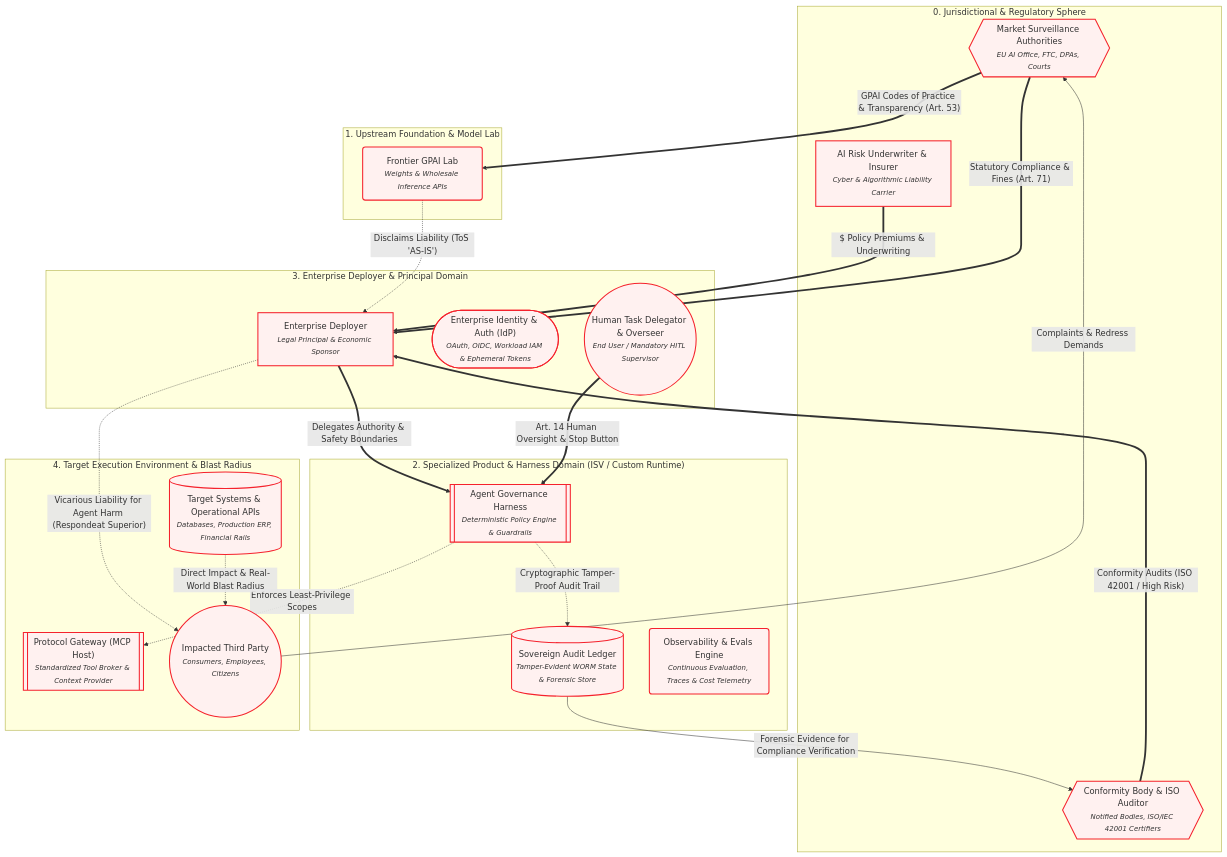
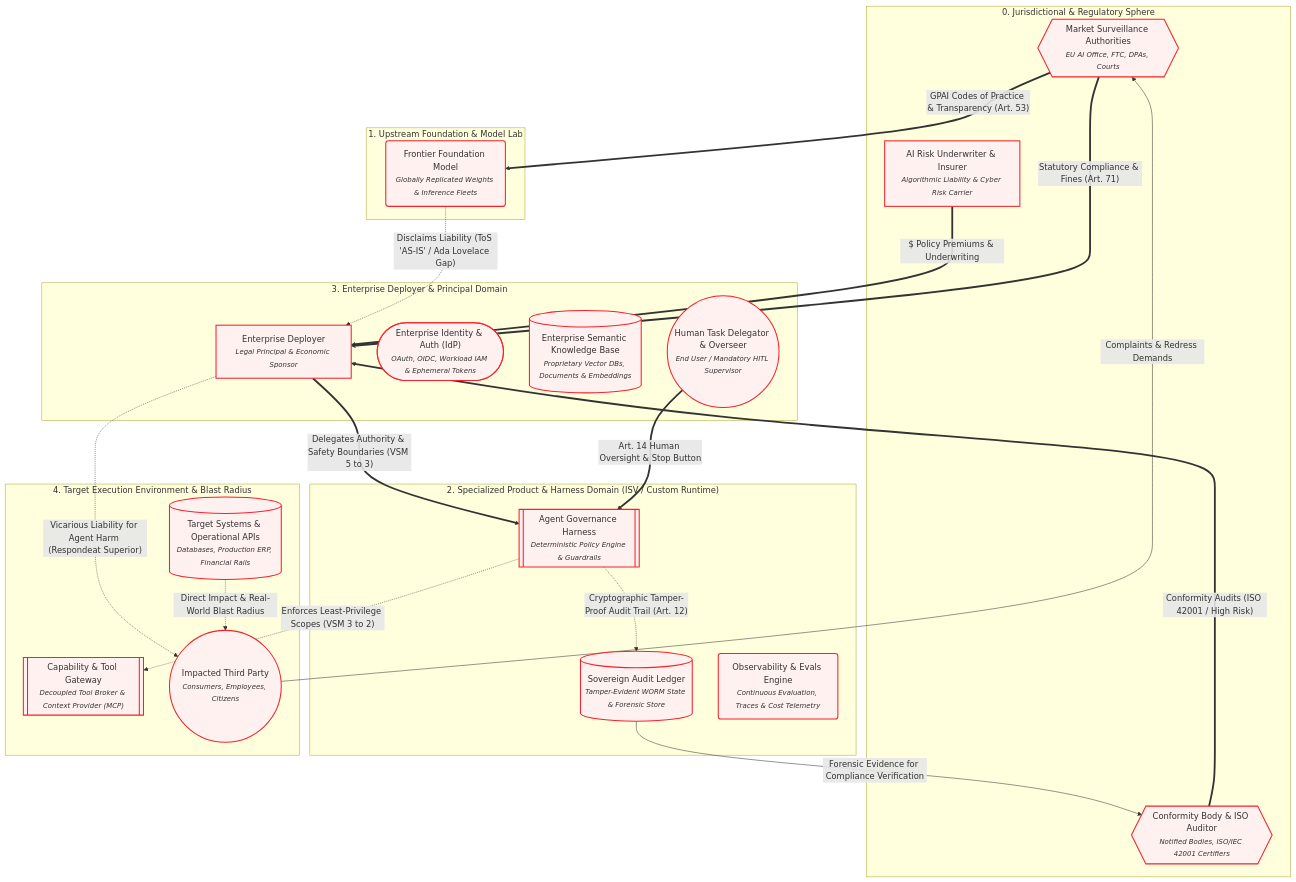
The third of 5 diagrams in docs/ecosystem/index.md (sezoo-digital/ai-ecosystem-model), drawn with Mermaid before and after one commit. The commit also changed other lines of this file and 10 other files, not shown here.

````diff
--- a/docs/ecosystem/index.md
+++ b/docs/ecosystem/index.md
@@ -123,49 +123,50 @@
 ```mermaid
 flowchart TB
     classDef gov fill:#FFF1F0,stroke:#F5222D,stroke-width:2px;
     classDef econ fill:#F6FFED,stroke:#52C41A,stroke-width:2px;
     classDef tech fill:#E6F7FF,stroke:#1890FF,stroke-width:2px;
     classDef default fill:#F8FAFC,stroke:#64748B,stroke-width:1.5px;
 
     subgraph cluster_regulatory ["0. Jurisdictional & Regulatory Sphere"]
         N_REGULATOR{{"Market Surveillance Authorities<br/><small><i>EU AI Office, FTC, DPAs, Courts</i></small>"}}:::gov
         N_AUDITOR{{"Conformity Body &amp; ISO Auditor<br/><small><i>Notified Bodies, ISO/IEC 42001 Certifiers</i></small>"}}:::gov
-        N_INSURER["AI Risk Underwriter &amp; Insurer<br/><small><i>Cyber &amp; Algorithmic Liability Carrier</i></small>"]:::gov
+        N_INSURER["AI Risk Underwriter &amp; Insurer<br/><small><i>Algorithmic Liability &amp; Cyber Risk Carrier</i></small>"]:::gov
     end
 
     subgraph cluster_supply ["1. Upstream Foundation & Model Lab"]
-        N_FRONTIER("Frontier GPAI Lab<br/><small><i>Weights &amp; Wholesale Inference APIs</i></small>"):::gov
+        N_FRONTIER("Frontier Foundation Model<br/><small><i>Globally Replicated Weights &amp; Inference Fleets</i></small>"):::gov
     end
 
     subgraph cluster_product ["2. Specialized Product & Harness Domain (ISV / Custom Runtime)"]
         N_HARNESS[["Agent Governance Harness<br/><small><i>Deterministic Policy Engine &amp; Guardrails</i></small>"]]:::gov
         N_AUDIT_STORE[("Sovereign Audit Ledger<br/><small><i>Tamper-Evident WORM State &amp; Forensic Store</i></small>")]:::gov
         N_OBSERVE("Observability &amp; Evals Engine<br/><small><i>Continuous Evaluation, Traces &amp; Cost Telemetry</i></small>"):::gov
     end
 
     subgraph cluster_client ["3. Enterprise Deployer & Principal Domain"]
         N_ENTERPRISE["Enterprise Deployer<br/><small><i>Legal Principal &amp; Economic Sponsor</i></small>"]:::gov
         N_IDP(["Enterprise Identity &amp; Auth (IdP)<br/><small><i>OAuth, OIDC, Workload IAM &amp; Ephemeral Tokens</i></small>"]):::gov
+        N_KNOWLEDGE_STORE[("Enterprise Semantic Knowledge Base<br/><small><i>Proprietary Vector DBs, Documents &amp; Embeddings</i></small>")]:::gov
         N_HUMAN_USER(("Human Task Delegator &amp; Overseer<br/><small><i>End User / Mandatory HITL Supervisor</i></small>")):::gov
     end
 
     subgraph cluster_environment ["4. Target Execution Environment & Blast Radius"]
-        N_MCP_HOST[["Protocol Gateway (MCP Host)<br/><small><i>Standardized Tool Broker &amp; Context Provider</i></small>"]]:::gov
+        N_TOOL_GATEWAY[["Capability &amp; Tool Gateway<br/><small><i>Decoupled Tool Broker &amp; Context Provider (MCP)</i></small>"]]:::gov
         N_TARGET_SYS[("Target Systems &amp; Operational APIs<br/><small><i>Databases, Production ERP, Financial Rails</i></small>")]:::gov
         N_AFFECTED_PARTY(("Impacted Third Party<br/><small><i>Consumers, Employees, Citizens</i></small>")):::gov
     end
 
     N_INSURER == "$ Policy Premiums & Underwriting" ==> N_ENTERPRISE
     N_REGULATOR == "Statutory Compliance & Fines (Art. 71)" ==> N_ENTERPRISE
     N_REGULATOR == "GPAI Codes of Practice & Transparency (Art. 53)" ==> N_FRONTIER
     N_AUDITOR == "Conformity Audits (ISO 42001 / High Risk)" ==> N_ENTERPRISE
-    N_FRONTIER -. "Disclaims Liability (ToS 'AS-IS')" .-> N_ENTERPRISE
+    N_FRONTIER -. "Disclaims Liability (ToS 'AS-IS' / Ada Lovelace Gap)" .-> N_ENTERPRISE
     N_ENTERPRISE -. "Vicarious Liability for Agent Harm (Respondeat Superior)" .-> N_AFFECTED_PARTY
     N_AFFECTED_PARTY -->|"Complaints & Redress Demands"| N_REGULATOR
-    N_ENTERPRISE == "Delegates Authority & Safety Boundaries" ==> N_HARNESS
+    N_ENTERPRISE == "Delegates Authority & Safety Boundaries (VSM 5 to 3)" ==> N_HARNESS
     N_HUMAN_USER == "Art. 14 Human Oversight & Stop Button" ==> N_HARNESS
-    N_HARNESS -. "Cryptographic Tamper-Proof Audit Trail" .-> N_AUDIT_STORE
+    N_HARNESS -. "Cryptographic Tamper-Proof Audit Trail (Art. 12)" .-> N_AUDIT_STORE
     N_AUDIT_STORE -->|"Forensic Evidence for Compliance Verification"| N_AUDITOR
-    N_HARNESS -. "Enforces Least-Privilege Scopes" .-> N_MCP_HOST
+    N_HARNESS -. "Enforces Least-Privilege Scopes (VSM 3 to 2)" .-> N_TOOL_GATEWAY
     N_TARGET_SYS -. "Direct Impact & Real-World Blast Radius" .-> N_AFFECTED_PARTY
 ```
````
